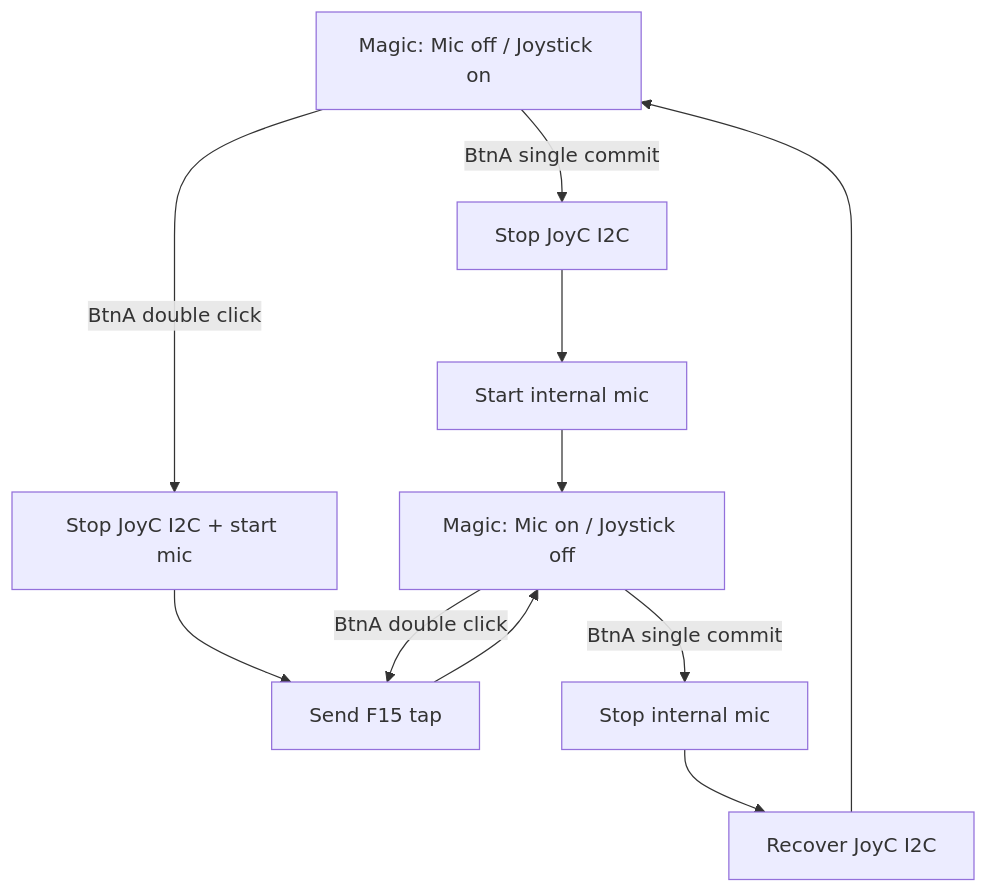
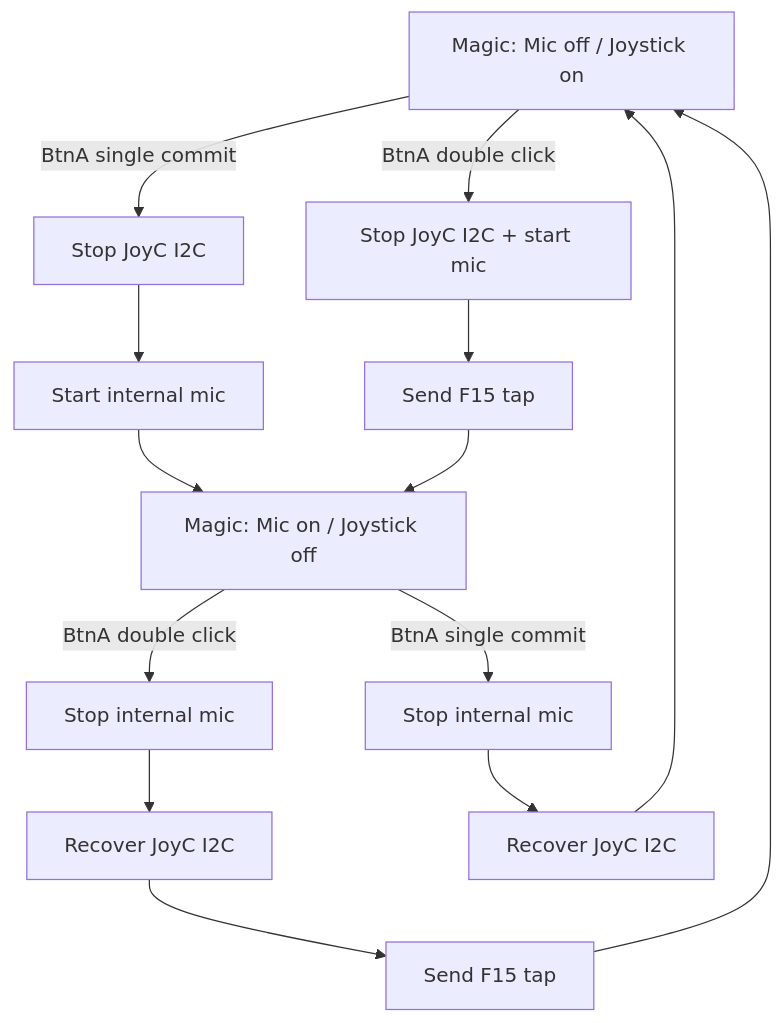
Before and after one commit to deepxanshu/kino: the third of 4 diagrams in docs/ui-interaction-review.md, drawn with Mermaid. The commit also changed other lines of this file and 7 other files, not shown here.

First line of the commit message:
feat: toggle magic function on BtnA double click

````diff
--- a/docs/ui-interaction-review.md
+++ b/docs/ui-interaction-review.md
@@ -197,13 +197,16 @@
 ```mermaid
 flowchart TD
     A["Magic: Mic off / Joystick on"] -->|"BtnA single commit"| B["Stop JoyC I2C"]
     B --> C["Start internal mic"]
     C --> D["Magic: Mic on / Joystick off"]
     A -->|"BtnA double click"| G["Stop JoyC I2C + start mic"]
     G --> H["Send F15 tap"]
     H --> D
-    D -->|"BtnA double click"| H
+    D -->|"BtnA double click"| I["Stop internal mic"]
+    I --> J["Recover JoyC I2C"]
+    J --> K["Send F15 tap"]
+    K --> A
     D -->|"BtnA single commit"| E["Stop internal mic"]
     E --> F["Recover JoyC I2C"]
     F --> A
 ```
````
